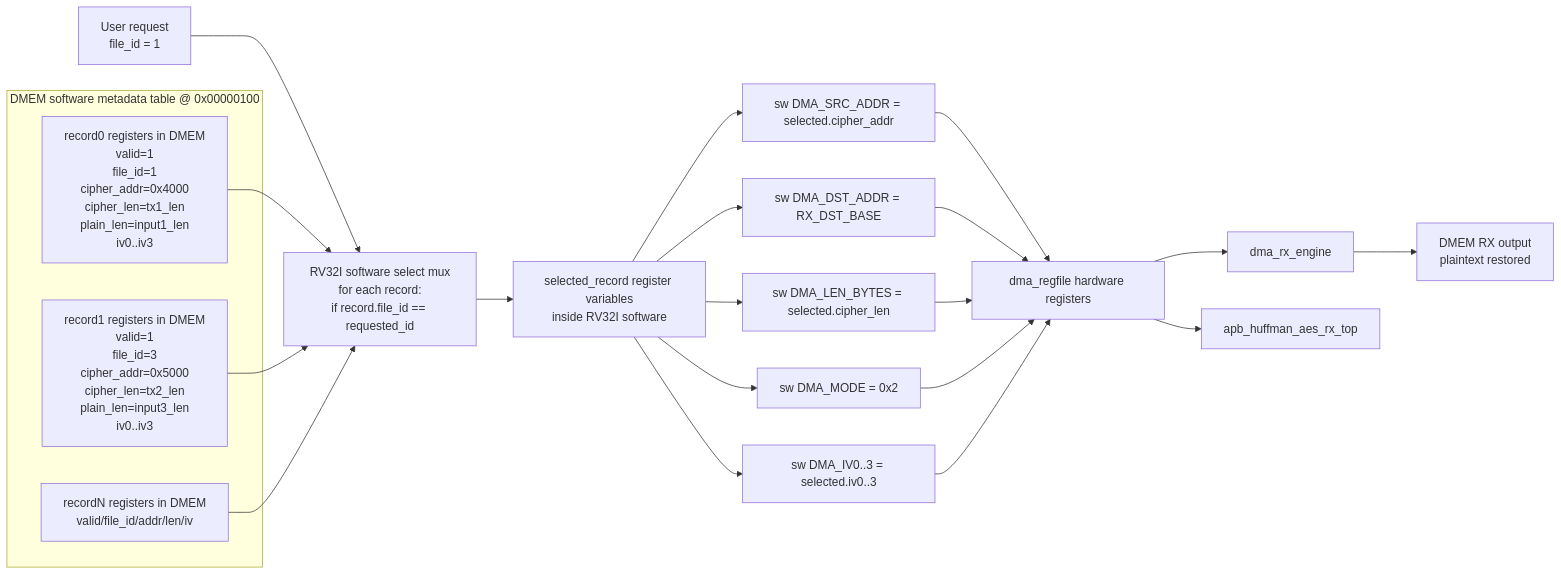
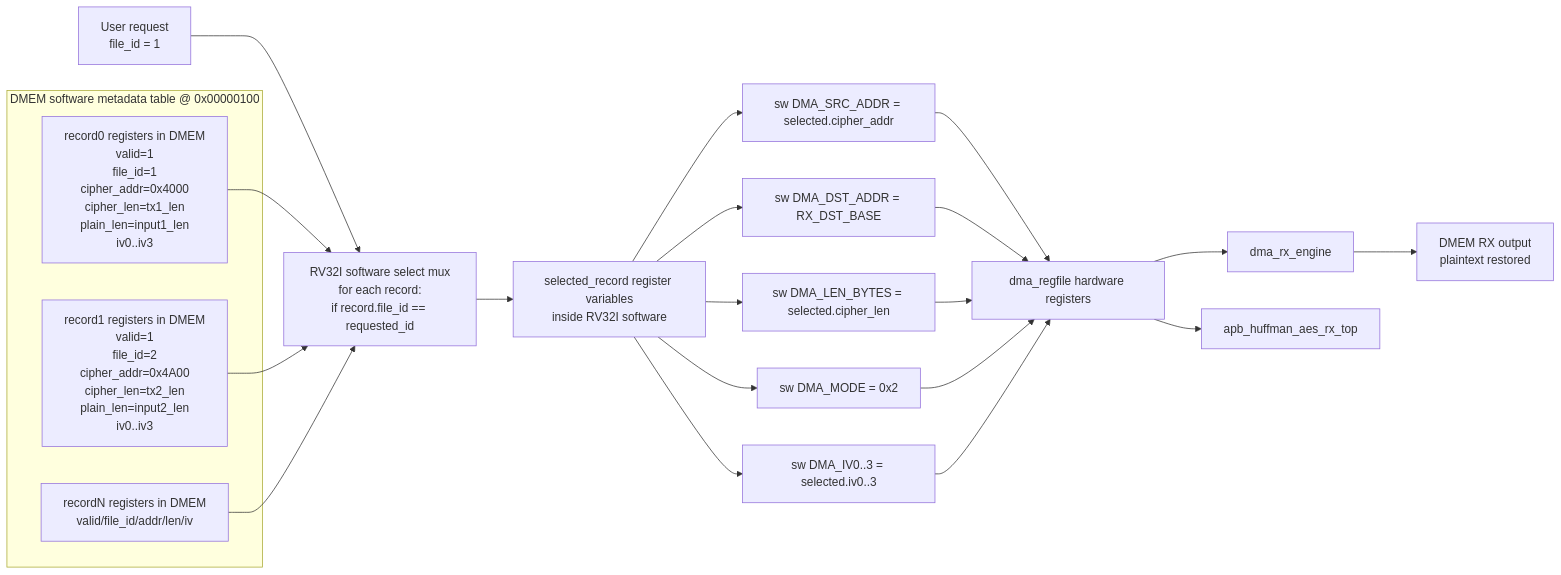
One commit to ngoquocan139/AES_huffman_all6 changed the fifth of 6 diagrams in docs/29_defense_qa_code_focus_spec.md. Above: the diagram before and after it, drawn with Mermaid. The commit also changed other lines of this file and 23 other files, not shown here.

````diff
--- a/docs/29_defense_qa_code_focus_spec.md
+++ b/docs/29_defense_qa_code_focus_spec.md
@@ -120,31 +120,31 @@
 ```mermaid
 flowchart LR
     USER["User request\nfile_id = 1"] --> SWMUX["RV32I software select mux\nfor each record:\nif record.file_id == requested_id"]
 
     subgraph DMEMTAB["DMEM software metadata table @ 0x00000100"]
       R0["record0 registers in DMEM\nvalid=1\nfile_id=1\ncipher_addr=0x4000\ncipher_len=tx1_len\nplain_len=input1_len\niv0..iv3"]
-      R1["record1 registers in DMEM\nvalid=1\nfile_id=3\ncipher_addr=0x5000\ncipher_len=tx2_len\nplain_len=input3_len\niv0..iv3"]
+      R1["record1 registers in DMEM\nvalid=1\nfile_id=2\ncipher_addr=0x4A00\ncipher_len=tx2_len\nplain_len=input2_len\niv0..iv3"]
       RN["recordN registers in DMEM\nvalid/file_id/addr/len/iv"]
     end
 
     R0 --> SWMUX
     R1 --> SWMUX
     RN --> SWMUX
 
     SWMUX --> SEL["selected_record register variables\ninside RV32I software"]
     SEL --> W0["sw DMA_SRC_ADDR = selected.cipher_addr"]
     SEL --> W1["sw DMA_DST_ADDR = RX_DST_BASE"]
     SEL --> W2["sw DMA_LEN_BYTES = selected.cipher_len"]
     SEL --> W3["sw DMA_MODE = 0x2"]
     SEL --> W4["sw DMA_IV0..3 = selected.iv0..3"]
 
     W0 --> RF["dma_regfile hardware registers"]
     W1 --> RF
     W2 --> RF
     W3 --> RF
     W4 --> RF
 
     RF --> RXDMA["dma_rx_engine"]
     RF --> RXTOP["apb_huffman_aes_rx_top"]
     RXDMA --> OUT["DMEM RX output\nplaintext restored"]
 ```
````
